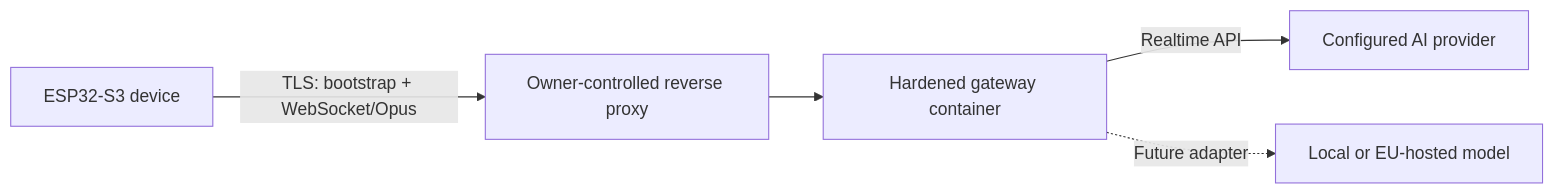
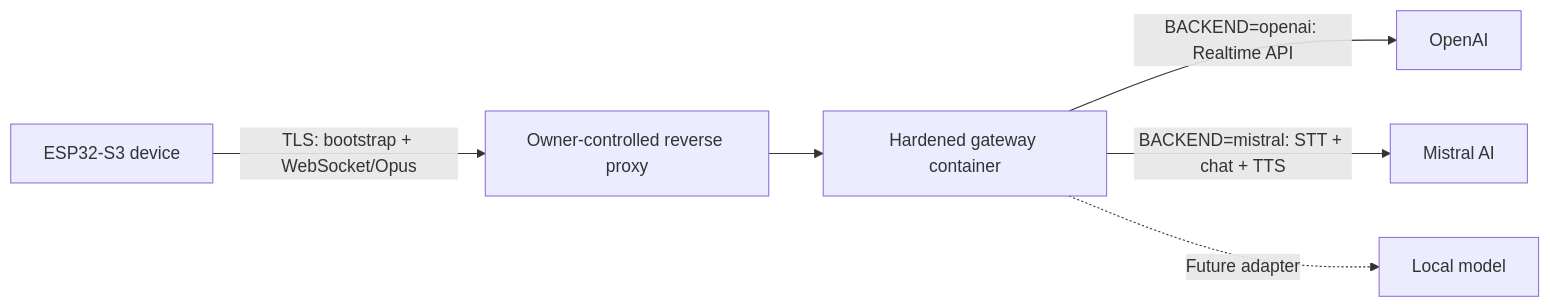
The diagram in README.md (rleusden/xiaozhi-sovereign), drawn with Mermaid before and after one commit. The commit also changed other lines of this file and 22 other files, not shown here.

````diff
--- a/README.md
+++ b/README.md
@@ -34,7 +34,8 @@
 ```mermaid
 flowchart LR
     D["ESP32-S3 device"] -->|"TLS: bootstrap + WebSocket/Opus"| R["Owner-controlled reverse proxy"]
     R --> G["Hardened gateway container"]
-    G -->|"Realtime API"| P["Configured AI provider"]
-    G -.->|"Future adapter"| L["Local or EU-hosted model"]
+    G -->|"BACKEND=openai: Realtime API"| O["OpenAI"]
+    G -->|"BACKEND=mistral: STT + chat + TTS"| M["Mistral AI"]
+    G -.->|"Future adapter"| L["Local model"]
 ```
````
